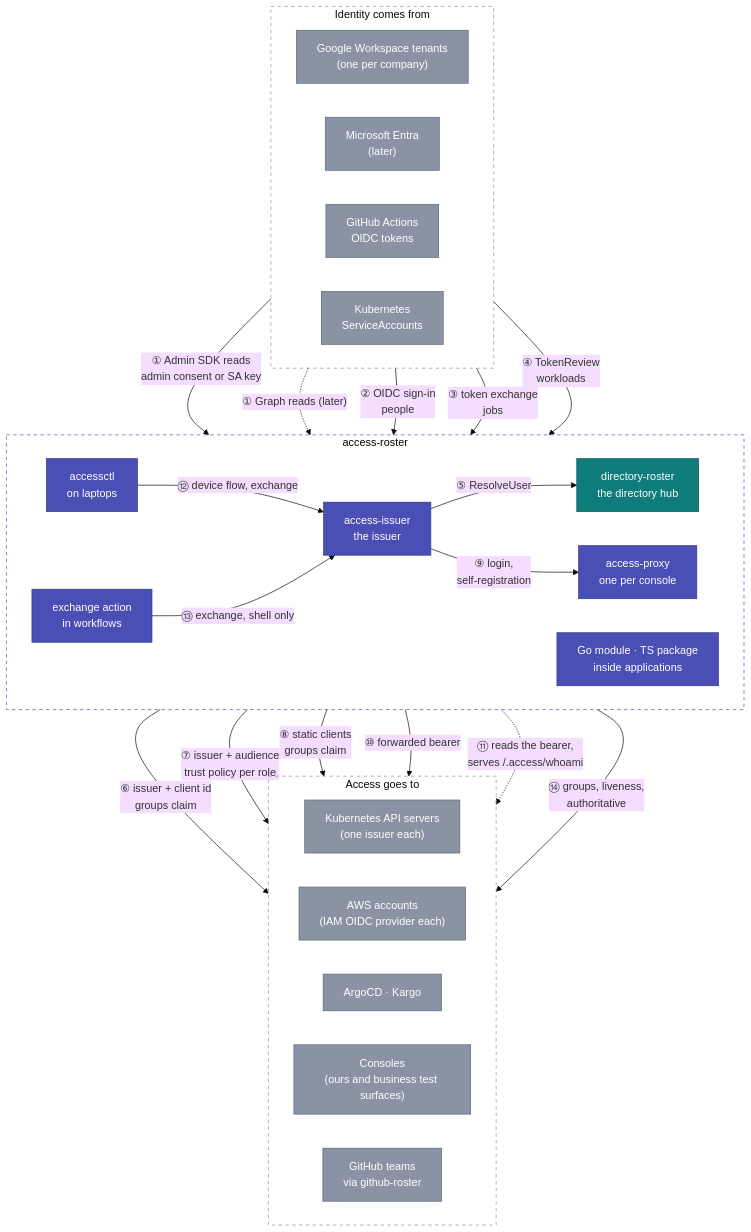
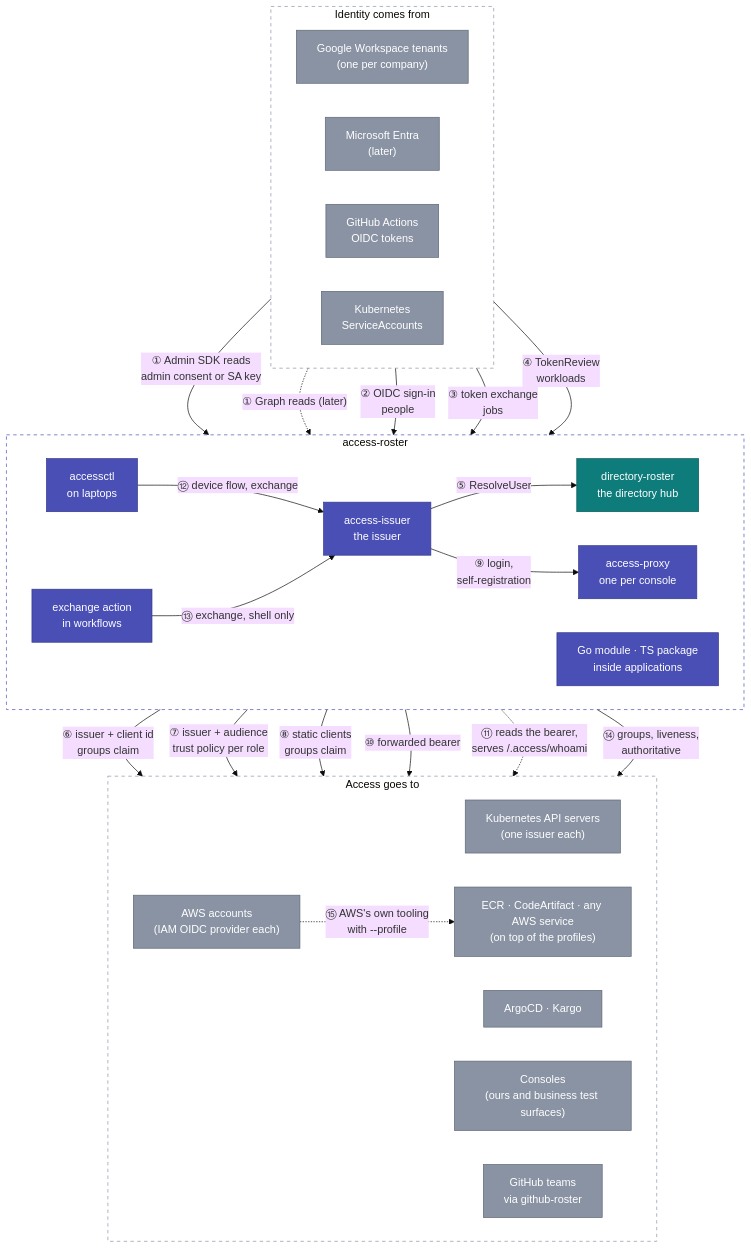
One commit to truvity/access-roster changed the diagram in docs/integrations.md. Above: the diagram before and after it, drawn with Mermaid (base theme). The commit also changed other lines of this file and 7 other files, not shown here.

First line of the commit message:
docs: one root action that prepares profiles and kubeconfig; registries and artifacts on top; batteries by kind

````diff
--- a/docs/integrations.md
+++ b/docs/integrations.md
@@ -8,52 +8,54 @@
 ```mermaid
 flowchart TB
   subgraph in["Identity comes from"]
     direction LR
     gws["Google Workspace tenants<br/>(one per company)"]:::ext
     entra["Microsoft Entra<br/>(later)"]:::ext
     gh["GitHub Actions<br/>OIDC tokens"]:::ext
     sa["Kubernetes<br/>ServiceAccounts"]:::ext
   end
 
   subgraph ar["access-roster"]
     direction LR
     hub["directory-roster<br/>the directory hub"]:::hub
     iss["access-issuer<br/>the issuer"]:::token
     proxy["access-proxy<br/>one per console"]:::token
     lib["Go module · TS package<br/>inside applications"]:::token
     ctl["accessctl<br/>on laptops"]:::token
     act["exchange action<br/>in workflows"]:::token
   end
 
   subgraph out["Access goes to"]
     direction LR
     eks["Kubernetes API servers<br/>(one issuer each)"]:::ext
     aws["AWS accounts<br/>(IAM OIDC provider each)"]:::ext
     argo["ArgoCD · Kargo"]:::ext
     consoles["Consoles<br/>(ours and business test surfaces)"]:::ext
     ghteams["GitHub teams<br/>via github-roster"]:::ext
+    reg["ECR · CodeArtifact · any AWS service<br/>(on top of the profiles)"]:::ext
   end
 
   gws -- "① Admin SDK reads<br/>admin consent or SA key" --> hub
   entra -. "① Graph reads (later)" .-> hub
   gws -- "② OIDC sign-in<br/>people" --> iss
   gh -- "③ token exchange<br/>jobs" --> iss
   sa -- "④ TokenReview<br/>workloads" --> hub
   iss -- "⑤ ResolveUser" --> hub
   iss -- "⑥ issuer + client id<br/>groups claim" --> eks
   iss -- "⑦ issuer + audience<br/>trust policy per role" --> aws
   iss -- "⑧ static clients<br/>groups claim" --> argo
   iss -- "⑨ login,<br/>self-registration" --> proxy
   proxy -- "⑩ forwarded bearer" --> consoles
   lib -. "⑪ reads the bearer,<br/>serves /.access/whoami" .-> consoles
   ctl -- "⑫ device flow, exchange" --> iss
   act -- "⑬ exchange, shell only" --> iss
   hub -- "⑭ groups, liveness,<br/>authoritative" --> ghteams
+  aws -. "⑮ AWS's own tooling<br/>with --profile" .-> reg
 
   classDef ext fill:#8A93A3,stroke:#5E6675,color:#fff
   classDef hub fill:#0E7C7B,stroke:#0A5958,color:#fff
   classDef token fill:#4A4FB5,stroke:#33378A,color:#fff
   style in fill:none,stroke:#8A93A3,stroke-dasharray:5 5
   style out fill:none,stroke:#8A93A3,stroke-dasharray:5 5
   style ar fill:none,stroke:#4A4FB5,stroke-dasharray:5 5
 ```
````
